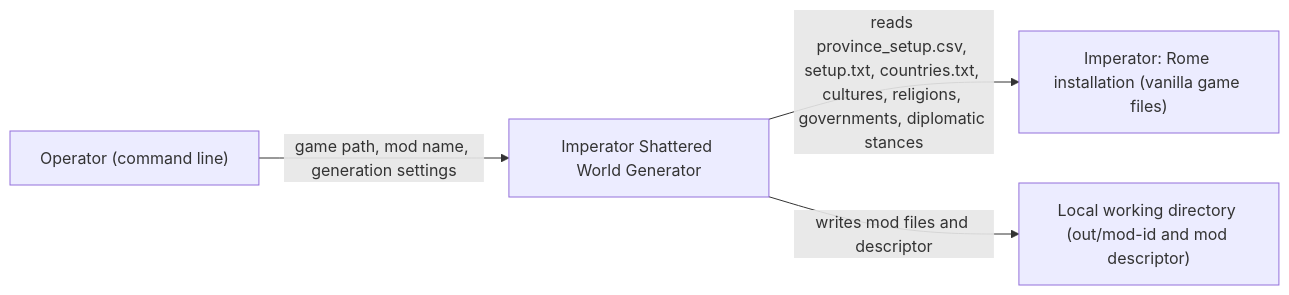
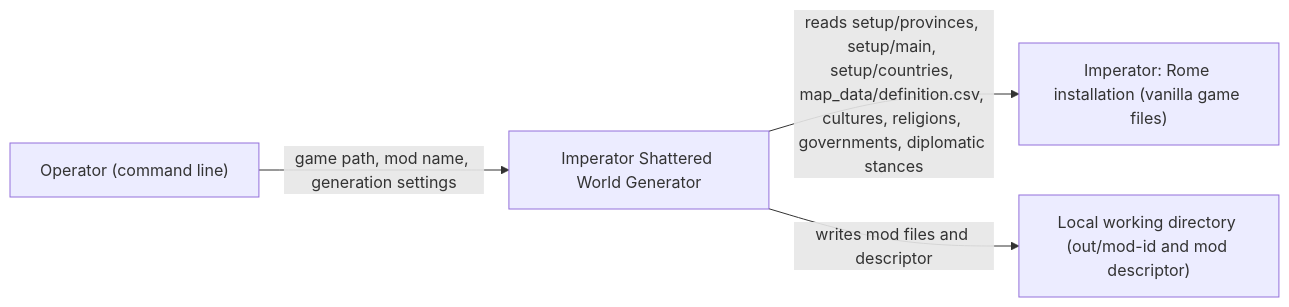
Before and after one commit to hmlendea/imperator-shattered-world-generator: the first of 8 diagrams in ARCHITECTURE.md, drawn with Mermaid. The commit also changed other lines of this file and 30 other files, not shown here.

````diff
--- a/ARCHITECTURE.md
+++ b/ARCHITECTURE.md
@@ -50,11 +50,11 @@
 ```mermaid
 flowchart LR
     operator["Operator (command line)"]
     generator["Imperator Shattered World Generator"]
     game["Imperator: Rome installation (vanilla game files)"]
     output["Local working directory (out/mod-id and mod descriptor)"]
 
     operator -- "game path, mod name, generation settings" --> generator
-    generator -- "reads province_setup.csv, setup.txt, countries.txt, cultures, religions, governments, diplomatic stances" --> game
+    generator -- "reads setup/provinces, setup/main, setup/countries, map_data/definition.csv, cultures, religions, governments, diplomatic stances" --> game
     generator -- "writes mod files and descriptor" --> output
 ```
````
